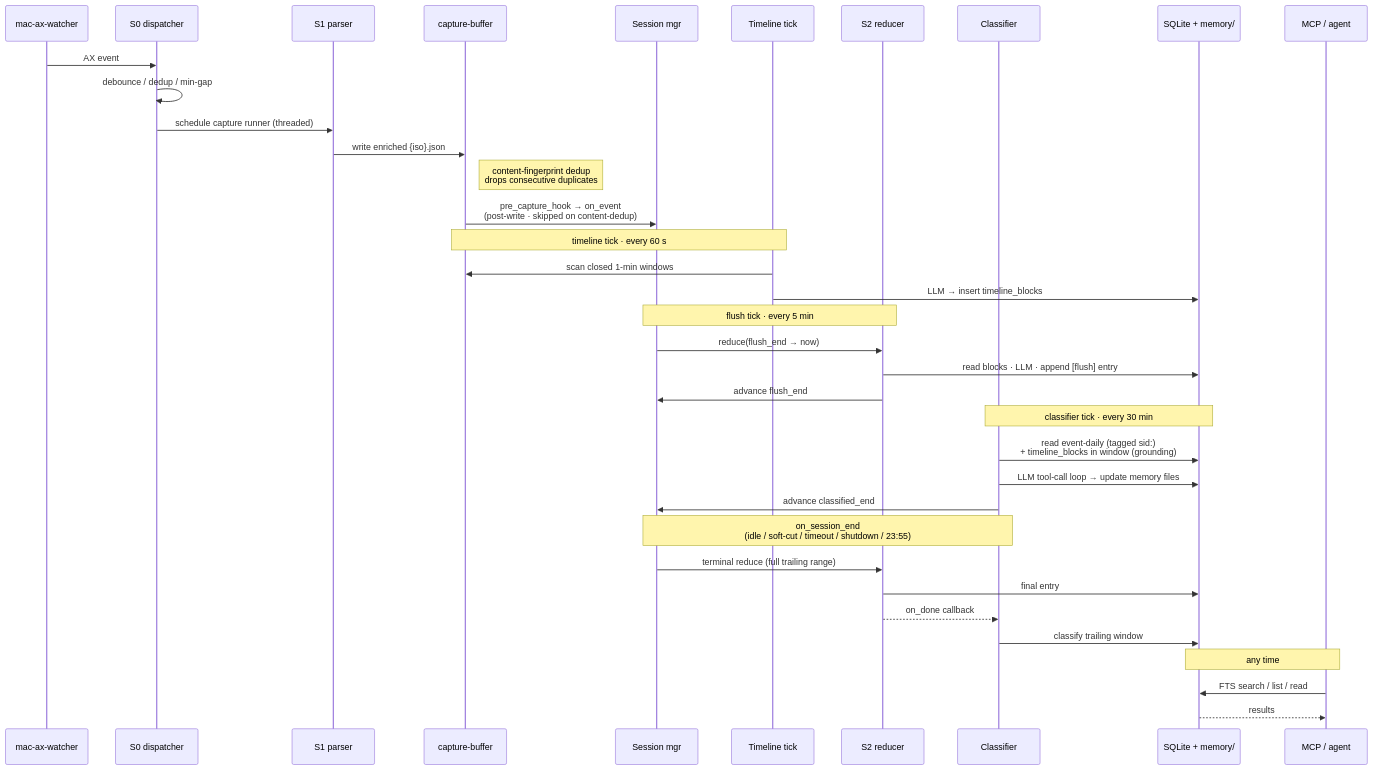
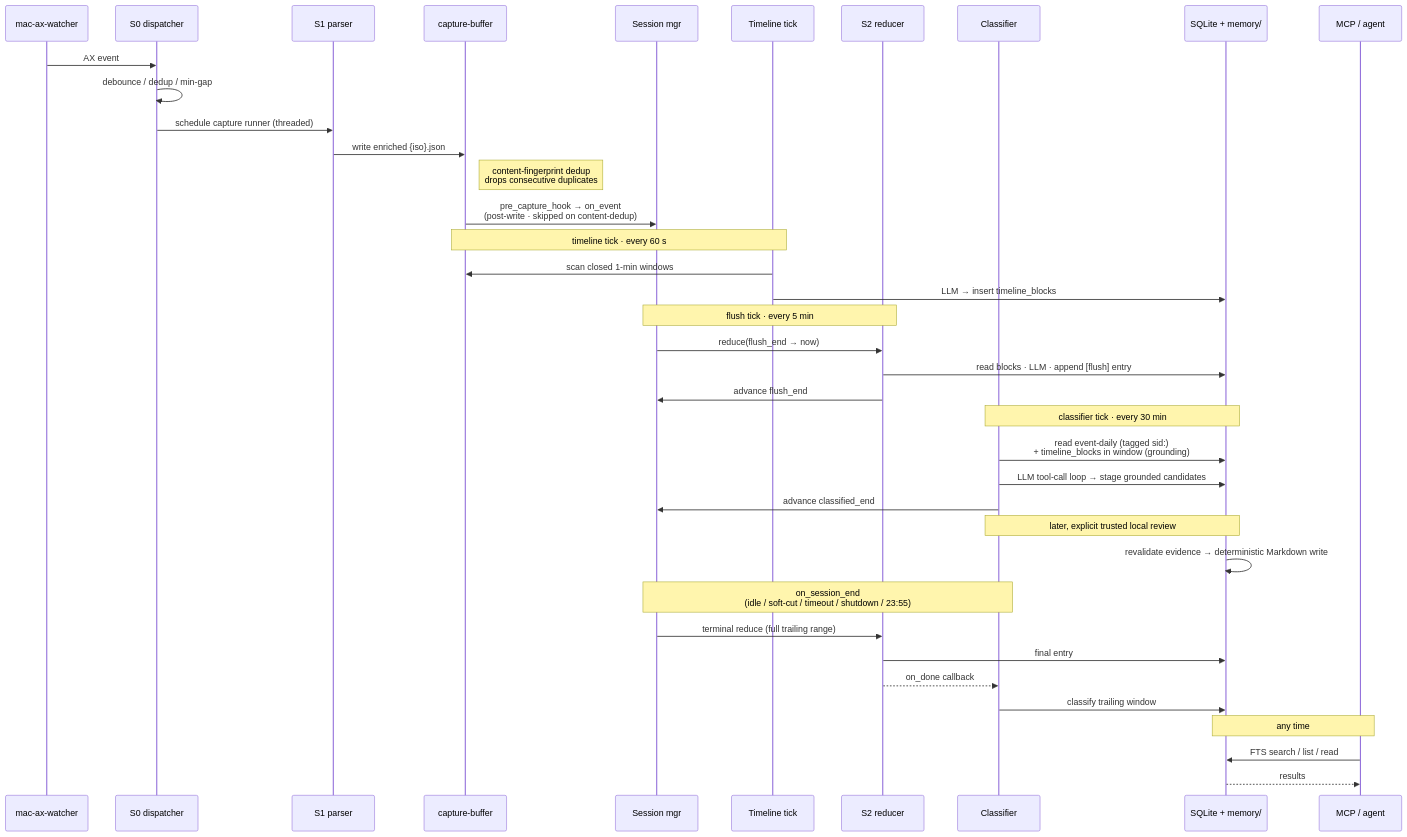
The second of 2 diagrams in docs/architecture.md (chimeraHHH/OpenChronicle), drawn with Mermaid before and after one commit. The commit also changed other lines of this file and 52 other files, not shown here.

Commit message:
add grounded review-first memory and Daily Wrap

````diff
--- a/docs/architecture.md
+++ b/docs/architecture.md
@@ -61,44 +66,47 @@
 ```mermaid
 sequenceDiagram
     participant W as mac-ax-watcher
     participant S0 as S0 dispatcher
     participant S1 as S1 parser
     participant BUF as capture-buffer
     participant SM as Session mgr
     participant TL as Timeline tick
     participant R as S2 reducer
     participant CLF as Classifier
     participant DB as SQLite + memory/
     participant MCP as MCP / agent
 
     W->>S0: AX event
     S0->>S0: debounce / dedup / min-gap
     S0->>S1: schedule capture runner (threaded)
     S1->>BUF: write enriched {iso}.json
     Note right of BUF: content-fingerprint dedup<br/>drops consecutive duplicates
     BUF->>SM: pre_capture_hook → on_event<br/>(post-write · skipped on content-dedup)
 
     Note over TL,BUF: timeline tick · every 60 s
     TL->>BUF: scan closed 1-min windows
     TL->>DB: LLM → insert timeline_blocks
 
     Note over SM,R: flush tick · every 5 min
     SM->>R: reduce(flush_end → now)
     R->>DB: read blocks · LLM · append [flush] entry
     R->>SM: advance flush_end
 
     Note over CLF,DB: classifier tick · every 30 min
     CLF->>DB: read event-daily (tagged sid:)<br/>+ timeline_blocks in window (grounding)
-    CLF->>DB: LLM tool-call loop → update memory files
+    CLF->>DB: LLM tool-call loop → stage grounded candidates
     CLF->>SM: advance classified_end
+
+    Note over CLF,DB: later, explicit trusted local review
+    DB->>DB: revalidate evidence → deterministic Markdown write
 
     Note over SM,CLF: on_session_end<br/>(idle / soft-cut / timeout / shutdown / 23:55)
     SM->>R: terminal reduce (full trailing range)
     R->>DB: final entry
     R-->>CLF: on_done callback
     CLF->>DB: classify trailing window
 
     Note over MCP,DB: any time
     MCP->>DB: FTS search / list / read
     DB-->>MCP: results
 ```
````
